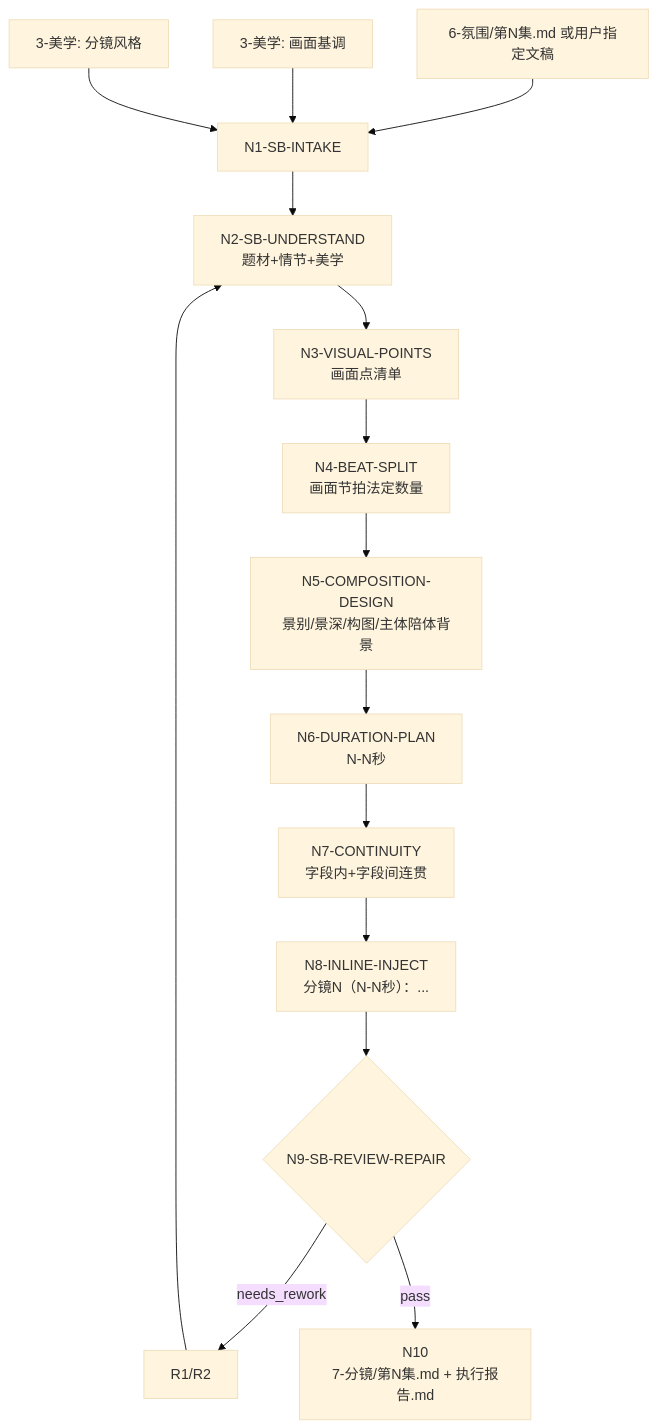
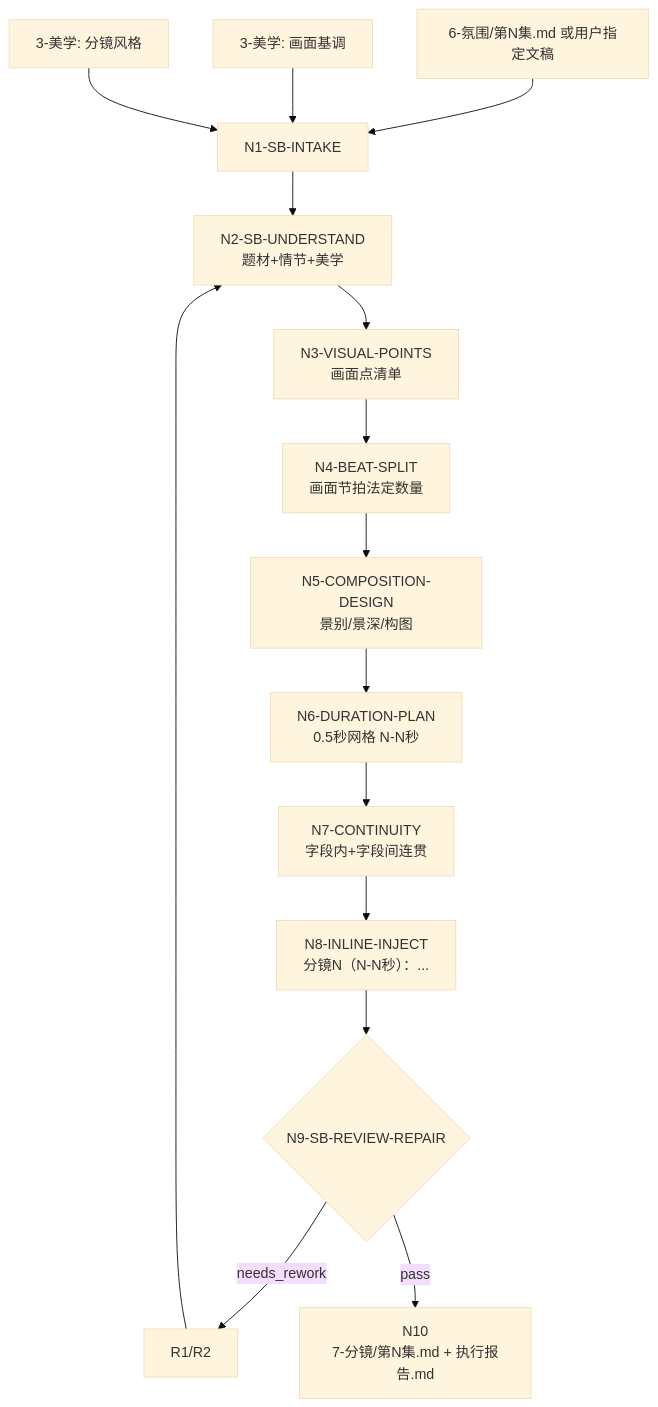
The first of 2 diagrams in .agents/skills/aigc/7-分镜/SKILL.md (ZEN-VOID/AI-CUT), drawn with Mermaid (base theme) before and after one commit. The commit also changed other lines of this file and 293 other files, not shown here.

````diff
--- a/.agents/skills/aigc/7-分镜/SKILL.md
+++ b/.agents/skills/aigc/7-分镜/SKILL.md
@@ -169,17 +177,17 @@
 ```mermaid
 flowchart TD
     A["6-氛围/第N集.md 或用户指定文稿"] --> B["N1-SB-INTAKE"]
     C["3-美学: 画面基调"] --> B
     D["3-美学: 分镜风格"] --> B
     B --> E["N2-SB-UNDERSTAND\n题材+情节+美学"]
     E --> F["N3-VISUAL-POINTS\n画面点清单"]
     F --> G["N4-BEAT-SPLIT\n画面节拍法定数量"]
-    G --> H["N5-COMPOSITION-DESIGN\n景别/景深/构图/主体陪体背景"]
-    H --> I["N6-DURATION-PLAN\nN-N秒"]
+    G --> H["N5-COMPOSITION-DESIGN\n景别/景深/构图"]
+    H --> I["N6-DURATION-PLAN\n0.5秒网格 N-N秒"]
     I --> J["N7-CONTINUITY\n字段内+字段间连贯"]
     J --> K["N8-INLINE-INJECT\n分镜N（N-N秒）：..."]
     K --> L{"N9-SB-REVIEW-REPAIR"}
     L -->|"needs_rework"| R["R1/R2"]
     R --> E
     L -->|"pass"| M["N10\n7-分镜/第N集.md + 执行报告.md"]
 ```
````
